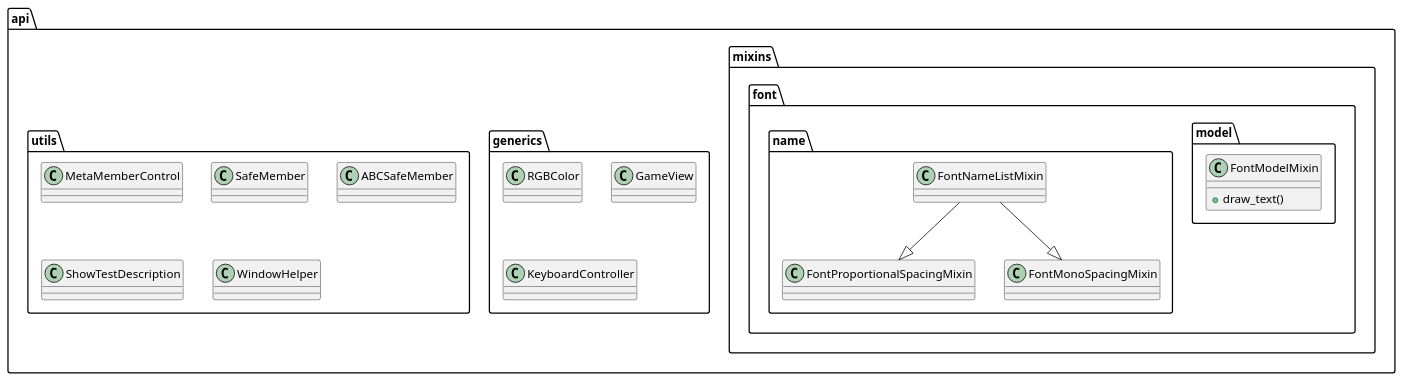
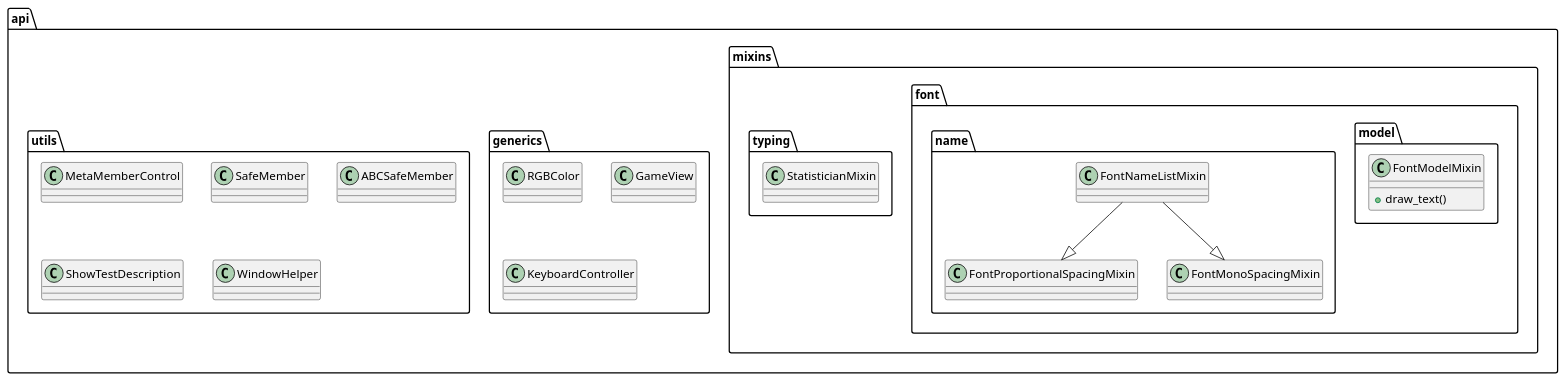
The diagram in doc/source/hierarchy/relations.rst (CarsonSlovoka/typing-game), drawn with PlantUML before and after one commit. The commit also changed 3 other files, not shown here.

```diff
--- a/doc/source/hierarchy/relations.rst
+++ b/doc/source/hierarchy/relations.rst
@@ -7,43 +7,47 @@
 .. uml::
 
     @startuml
 
     package api {
 
         package	mixins {
 
             package font {
 
                 package model {
 
                     class FontModelMixin {
                         + draw_text()
                     }
                 }
 
                 package name {
                     class FontProportionalSpacingMixin
                     class FontMonoSpacingMixin
                     class FontNameListMixin
 
                     FontNameListMixin --|> FontProportionalSpacingMixin
                     FontNameListMixin --|> FontMonoSpacingMixin
                 }
             }
+
+            package typing {
+                class StatisticianMixin
+            }
         }
 
         package generics {
             class RGBColor
             class GameView
             class KeyboardController
         }
 
         package utils {
             class MetaMemberControl
             class SafeMember
             class ABCSafeMember
             class ShowTestDescription
             class WindowHelper
         }
     }
     @enduml
```
